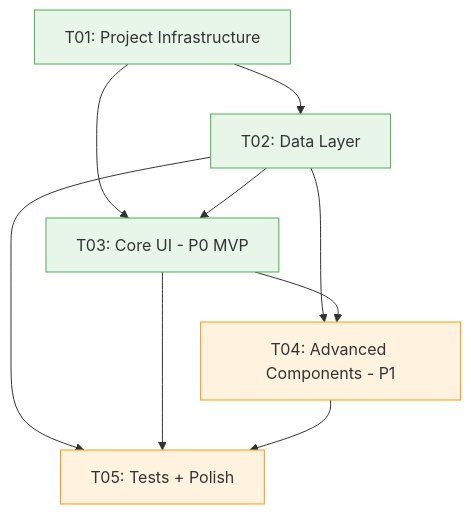
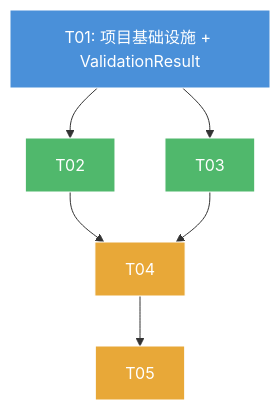
The fourth of 4 diagrams in docs/system_design.md (sunnyang1/adl-lite), drawn with Mermaid before and after one commit. The commit also changed other lines of this file and 9 other files, not shown here.

Commit message:
feat(shacl): SHACL complete version — auto-detect default-on, ValidationResult integration, ForkShape, RDF enrichment

````diff
--- a/docs/system_design.md
+++ b/docs/system_design.md
@@ -644,17 +463,14 @@
 ```mermaid
 graph TD
-    T01[T01: Project Infrastructure] --> T02[T02: Data Layer]
-    T01 --> T03[T03: Core UI - P0 MVP]
-    T02 --> T03
-    T02 --> T04[T04: Advanced Components - P1]
+    T01["T01: 项目基础设施 + ValidationResult"] --> T02
+    T01 --> T03
+    T02 --> T04
     T03 --> T04
-    T02 --> T05[T05: Tests + Polish]
-    T03 --> T05
     T04 --> T05
 
-    style T01 fill:#e8f5e9,stroke:#4caf50
-    style T02 fill:#e8f5e9,stroke:#4caf50
-    style T03 fill:#e8f5e9,stroke:#4caf50
-    style T04 fill:#fff3e0,stroke:#ff9800
-    style T05 fill:#fff3e0,stroke:#ff9800
+    style T01 fill:#4a90d9,stroke:#fff,color:#fff
+    style T02 fill:#50b86c,stroke:#fff,color:#fff
+    style T03 fill:#50b86c,stroke:#fff,color:#fff
+    style T04 fill:#e8a838,stroke:#fff,color:#fff
+    style T05 fill:#e8a838,stroke:#fff,color:#fff
 ```
````
